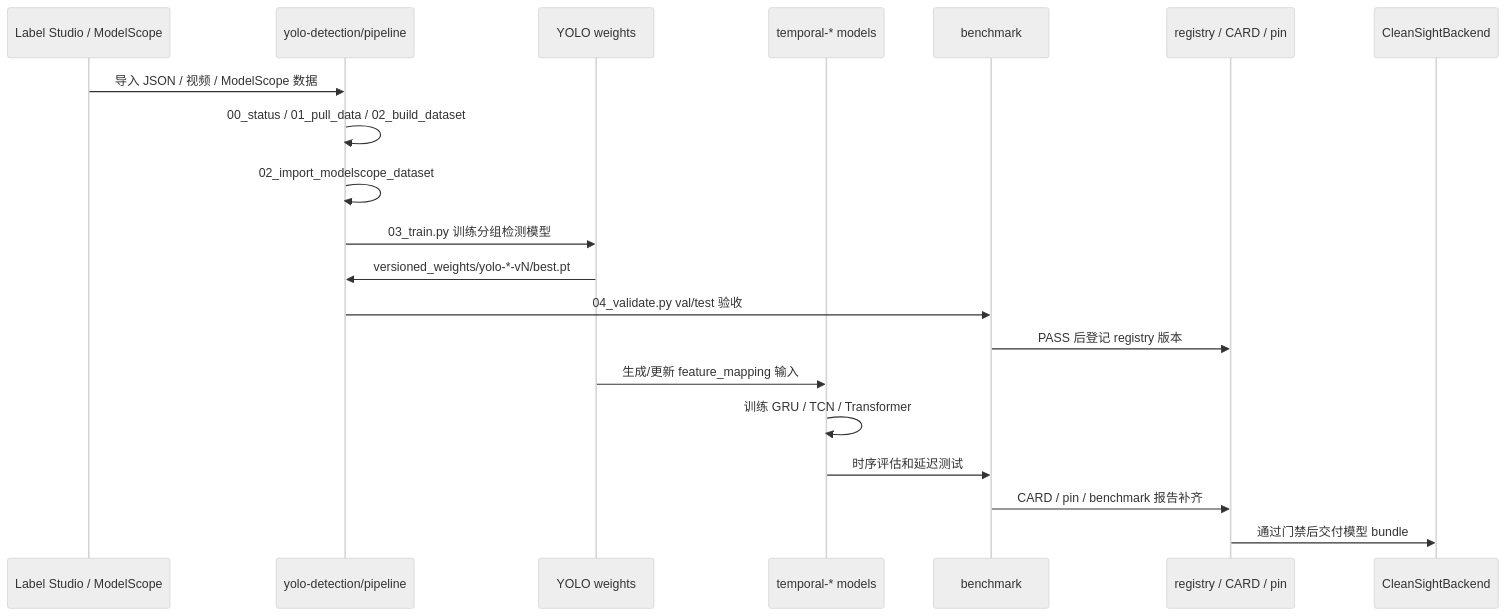
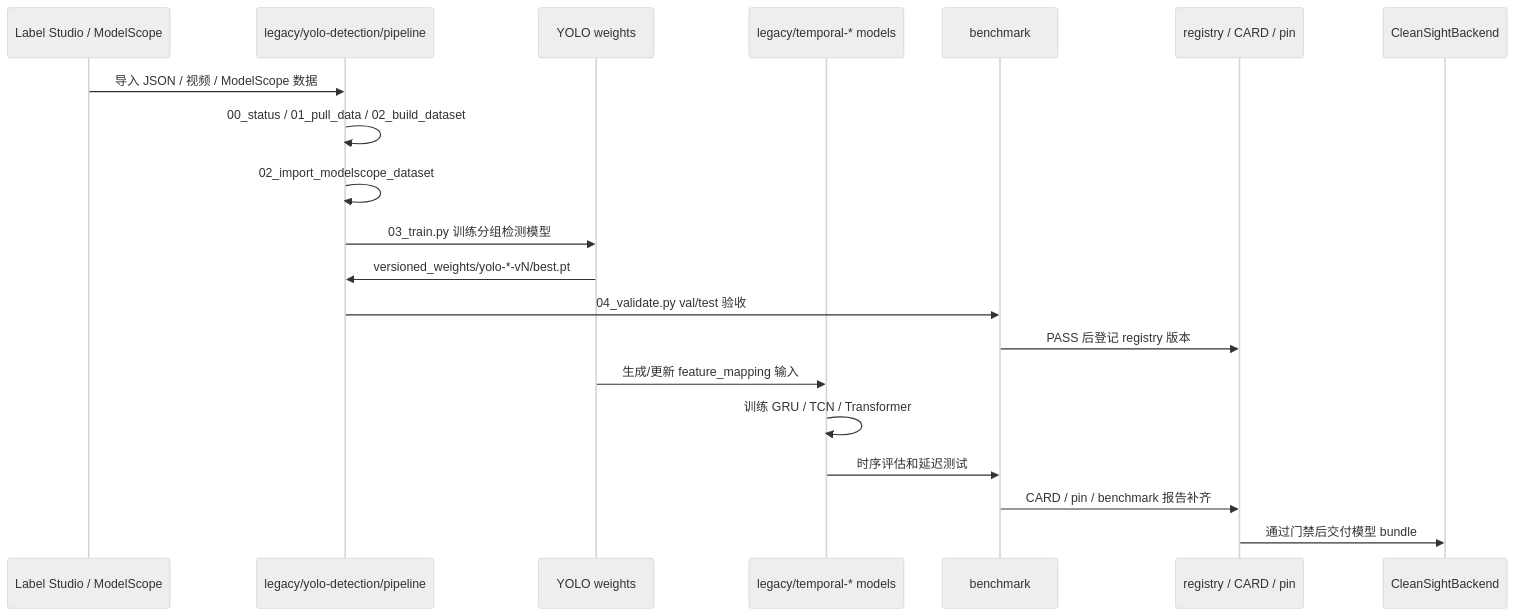
The sixth of 6 diagrams in docs/PROJECT_FLOW.md (siu7u/Cleansight_models), drawn with Mermaid (neutral theme) before and after one commit. The commit also changed other lines of this file and 129 other files, not shown here.

````diff
--- a/docs/PROJECT_FLOW.md
+++ b/docs/PROJECT_FLOW.md
@@ -188,23 +190,23 @@
 ```mermaid
 sequenceDiagram
     participant LS as Label Studio / ModelScope
-    participant YP as yolo-detection/pipeline
+    participant YP as legacy/yolo-detection/pipeline
     participant YOLO as YOLO weights
-    participant TM as temporal-* models
+    participant TM as legacy/temporal-* models
     participant BM as benchmark
     participant REG as registry / CARD / pin
     participant BE as CleanSightBackend
 
     LS->>YP: 导入 JSON / 视频 / ModelScope 数据
     YP->>YP: 00_status / 01_pull_data / 02_build_dataset
     YP->>YP: 02_import_modelscope_dataset
     YP->>YOLO: 03_train.py 训练分组检测模型
     YOLO->>YP: versioned_weights/yolo-*-vN/best.pt
     YP->>BM: 04_validate.py val/test 验收
     BM->>REG: PASS 后登记 registry 版本
     YOLO->>TM: 生成/更新 feature_mapping 输入
     TM->>TM: 训练 GRU / TCN / Transformer
     TM->>BM: 时序评估和延迟测试
     BM->>REG: CARD / pin / benchmark 报告补齐
     REG->>BE: 通过门禁后交付模型 bundle
 ```
````
